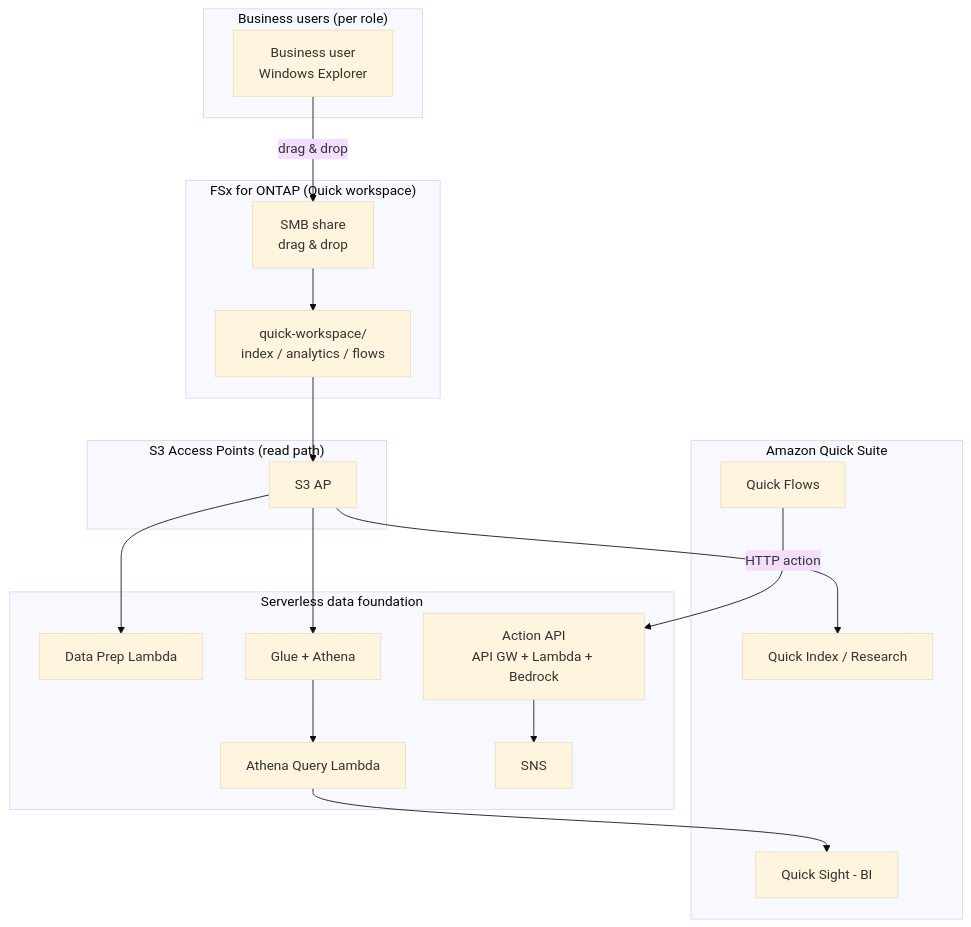
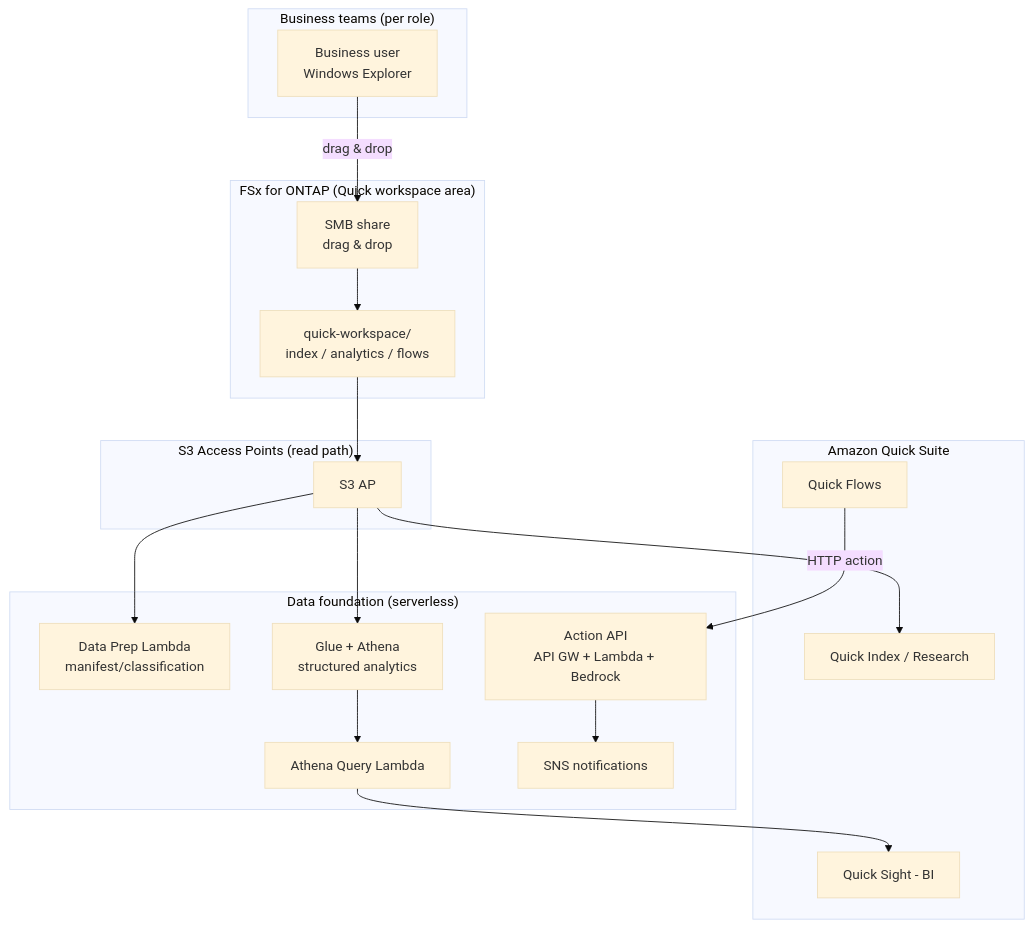
One commit to Yoshiki0705/FSx-for-ONTAP-S3AccessPoints-Serverless-Patterns changed the diagram in solutions/genai/quick-agentic-workspace/README.en.md. Above: the diagram before and after it, drawn with Mermaid (base theme). The commit also changed other lines of this file and 20 other files, not shown here.

First line of the commit message:
docs: full 8-language README parity for genai kb-selfservice-curation, quick-agentic-workspace, ha lifekeeper-monitoring

````diff
--- a/solutions/genai/quick-agentic-workspace/README.en.md
+++ b/solutions/genai/quick-agentic-workspace/README.en.md
@@ -24,36 +34,36 @@
 ```mermaid
 graph TB
-    subgraph "Business users (per role)"
+    subgraph "Business teams (per role)"
         USER[Business user<br/>Windows Explorer]
     end
-    subgraph "FSx for ONTAP (Quick workspace)"
+    subgraph "FSx for ONTAP (Quick workspace area)"
         SMB[SMB share<br/>drag & drop]
         VOL[quick-workspace/<br/>index / analytics / flows]
     end
     subgraph "S3 Access Points (read path)"
         S3AP[S3 AP]
     end
-    subgraph "Serverless data foundation"
-        PREP[Data Prep Lambda]
-        GLUE[Glue + Athena]
+    subgraph "Data foundation (serverless)"
+        PREP[Data Prep Lambda<br/>manifest/classification]
+        GLUE[Glue + Athena<br/>structured analytics]
         ATHENA[Athena Query Lambda]
         ACTION[Action API<br/>API GW + Lambda + Bedrock]
-        SNS[SNS]
+        SNS[SNS notifications]
     end
     subgraph "Amazon Quick Suite"
         QIDX[Quick Index / Research]
         QSIGHT[Quick Sight - BI]
         QFLOW[Quick Flows]
     end
 
     USER -->|drag & drop| SMB
     SMB --> VOL
     VOL --> S3AP
     S3AP --> PREP
     S3AP --> QIDX
     S3AP --> GLUE
     GLUE --> ATHENA
     ATHENA --> QSIGHT
     QFLOW -->|HTTP action| ACTION
     ACTION --> SNS
 ```
````
